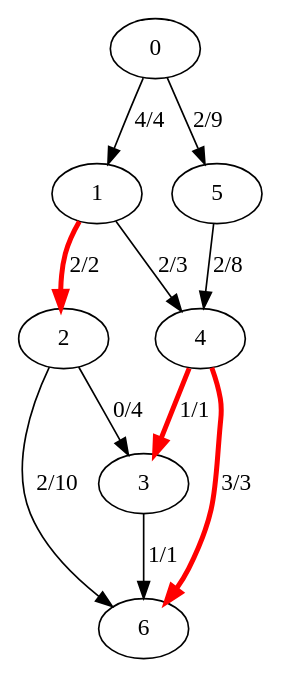
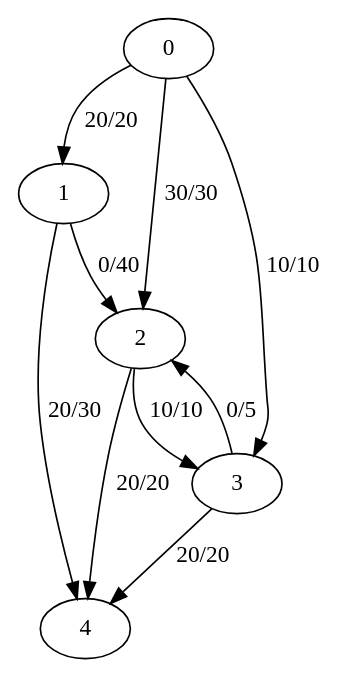
The diagram in graphes/graph_flow.gv (fionavatar/Op_Research_Projet_CUVILLIEZ_Fiona), drawn with Graphviz before and after one commit. The commit also changed 23 other files, not shown here.

```diff
--- a/graphes/graph_flow.gv
+++ b/graphes/graph_flow.gv
@@ -1,12 +1,11 @@
 digraph graph_flow {
-	0 -> 1 [label="4/4"]
-	0 -> 5 [label="2/9"]
-	1 -> 2 [label="2/2" color=red penwidth=3]
-	1 -> 4 [label="2/3"]
-	2 -> 3 [label="0/4"]
-	2 -> 6 [label="2/10"]
-	3 -> 6 [label="1/1"]
-	4 -> 3 [label="1/1" color=red penwidth=3]
-	4 -> 6 [label="3/3" color=red penwidth=3]
-	5 -> 4 [label="2/8"]
+	0 -> 1 [label="20/20"]
+	0 -> 2 [label="30/30"]
+	0 -> 3 [label="10/10"]
+	1 -> 2 [label="0/40"]
+	1 -> 4 [label="20/30"]
+	2 -> 3 [label="10/10"]
+	2 -> 4 [label="20/20"]
+	3 -> 2 [label="0/5"]
+	3 -> 4 [label="20/20"]
 }
```
